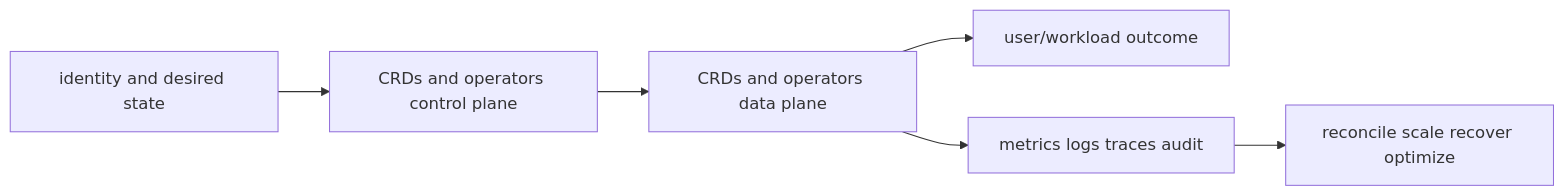
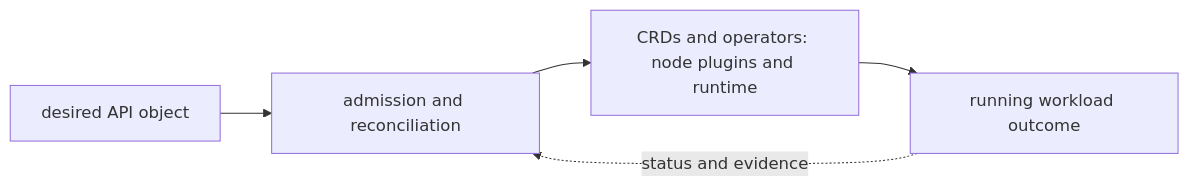
One commit to tomkidumbuyo/DevOps-interview-preparation changed the diagram in 06-kubernetes/07-packaging-extensions/02-crds-operators/README.md. Above: the diagram before and after it, drawn with Mermaid. The commit also changed other lines of this file and 753 other files, not shown here.

````diff
--- a/06-kubernetes/07-packaging-extensions/02-crds-operators/README.md
+++ b/06-kubernetes/07-packaging-extensions/02-crds-operators/README.md
@@ -19,8 +31,7 @@
 ```mermaid
 flowchart LR
-  I[identity and desired state] --> C[CRDs and operators control plane]
-  C --> D[CRDs and operators data plane]
-  D --> U[user/workload outcome]
-  D --> O[metrics logs traces audit]
-  O --> R[reconcile scale recover optimize]
+  A["desired API object"] --> B["admission and reconciliation"]
+  B --> C["CRDs and operators: node plugins and runtime"]
+  C --> D["running workload outcome"]
+  D -. "status and evidence" .-> B
 ```
````
